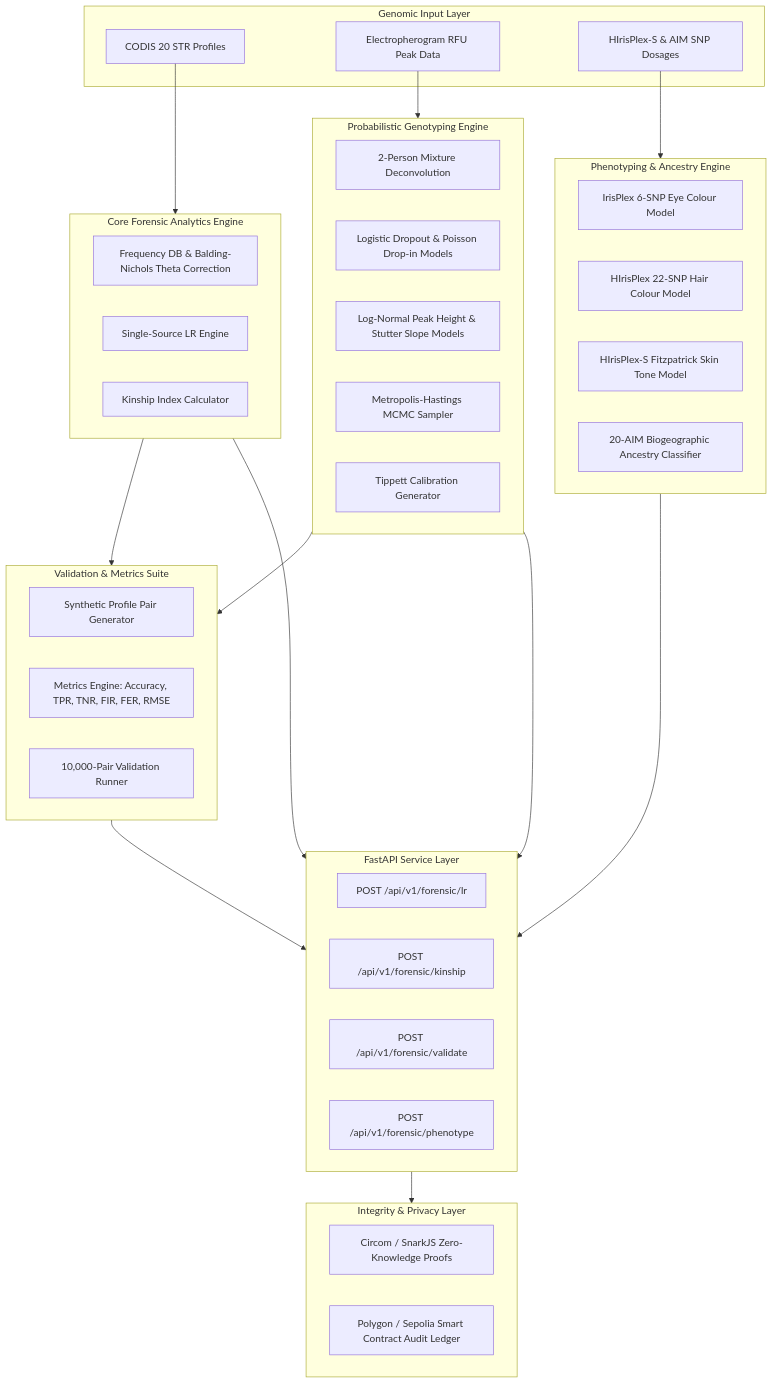
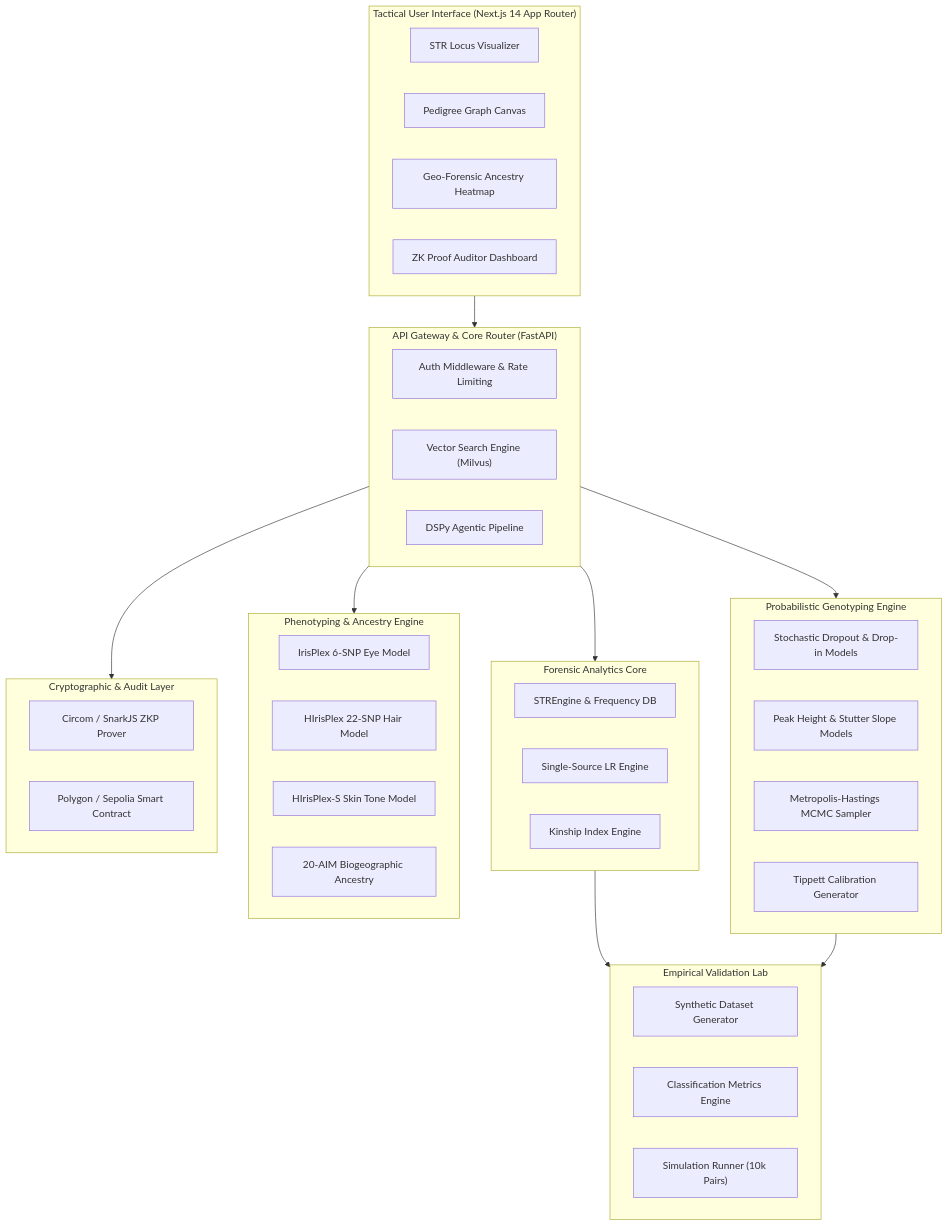
Before and after one commit to yusufcalisir/FORENZA: the diagram in README.md, drawn with Mermaid. The commit also changed other lines of this file, not shown here.

Commit message:
docs: redesign README with visual badges, architectural flowcharts, domain matrices, mathematical formulations, REST API contracts, directory tree, and test verification suite

````diff
--- a/README.md
+++ b/README.md
@@ -17,58 +38,54 @@
 ```mermaid
 flowchart TD
-    subgraph Input [Genomic Input Layer]
-        A1[CODIS 20 STR Profiles]
-        A2[Electropherogram RFU Peak Data]
-        A3[HIrisPlex-S & AIM SNP Dosages]
+    subgraph ClientLayer ["Tactical User Interface (Next.js 14 App Router)"]
+        UI1["STR Locus Visualizer"]
+        UI2["Pedigree Graph Canvas"]
+        UI3["Geo-Forensic Ancestry Heatmap"]
+        UI4["ZK Proof Auditor Dashboard"]
     end
 
-    subgraph CoreEngine [Core Forensic Analytics Engine]
-        B1[Frequency DB & Balding-Nichols Theta Correction]
-        B2[Single-Source LR Engine]
-        B3[Kinship Index Calculator]
+    subgraph ServiceGateway ["API Gateway & Core Router (FastAPI)"]
+        GW1["Auth Middleware & Rate Limiting"]
+        GW2["Vector Search Engine (Milvus)"]
+        GW3["DSPy Agentic Pipeline"]
     end
 
-    subgraph ProbEngine [Probabilistic Genotyping Engine]
-        C1[2-Person Mixture Deconvolution]
-        C2[Logistic Dropout & Poisson Drop-in Models]
-        C3[Log-Normal Peak Height & Stutter Slope Models]
-        C4[Metropolis-Hastings MCMC Sampler]
-        C5[Tippett Calibration Generator]
+    subgraph ForensicCore ["Forensic Analytics Core"]
+        E1["STREngine & Frequency DB"]
+        E2["Single-Source LR Engine"]
+        E3["Kinship Index Engine"]
     end
 
-    subgraph PhenoEngine [Phenotyping & Ancestry Engine]
-        D1[IrisPlex 6-SNP Eye Colour Model]
-        D2[HIrisPlex 22-SNP Hair Colour Model]
-        D3[HIrisPlex-S Fitzpatrick Skin Tone Model]
-        D4[20-AIM Biogeographic Ancestry Classifier]
+    subgraph ProbGenotyping ["Probabilistic Genotyping Engine"]
+        P1["Stochastic Dropout & Drop-in Models"]
+        P2["Peak Height & Stutter Slope Models"]
+        P3["Metropolis-Hastings MCMC Sampler"]
+        P4["Tippett Calibration Generator"]
     end
 
-    subgraph ValLab [Validation & Metrics Suite]
-        E1[Synthetic Profile Pair Generator]
-        E2[Metrics Engine: Accuracy, TPR, TNR, FIR, FER, RMSE]
-        E3[10,000-Pair Validation Runner]
+    subgraph PhenoBGA ["Phenotyping & Ancestry Engine"]
+        H1["IrisPlex 6-SNP Eye Model"]
+        H2["HIrisPlex 22-SNP Hair Model"]
+        H3["HIrisPlex-S Skin Tone Model"]
+        H4["20-AIM Biogeographic Ancestry"]
     end
 
-    subgraph APILayer [FastAPI Service Layer]
-        F1[POST /api/v1/forensic/lr]
-        F2[POST /api/v1/forensic/kinship]
-        F3[POST /api/v1/forensic/validate]
-        F4[POST /api/v1/forensic/phenotype]
+    subgraph ValidationSuite ["Empirical Validation Lab"]
+        V1["Synthetic Dataset Generator"]
+        V2["Classification Metrics Engine"]
+        V3["Simulation Runner (10k Pairs)"]
     end
 
-    subgraph CryptoLayer [Integrity & Privacy Layer]
-        G1[Circom / SnarkJS Zero-Knowledge Proofs]
-        G2[Polygon / Sepolia Smart Contract Audit Ledger]
+    subgraph CryptoLedger ["Cryptographic & Audit Layer"]
+        Z1["Circom / SnarkJS ZKP Prover"]
+        Z2["Polygon / Sepolia Smart Contract"]
     end
 
-    A1 --> CoreEngine
-    A2 --> ProbEngine
-    A3 --> PhenoEngine
-    CoreEngine --> ValLab
-    ProbEngine --> ValLab
-    CoreEngine --> APILayer
-    ProbEngine --> APILayer
-    PhenoEngine --> APILayer
-    ValLab --> APILayer
-    APILayer --> CryptoLayer
+    ClientLayer --> ServiceGateway
+    ServiceGateway --> ForensicCore
+    ServiceGateway --> ProbGenotyping
+    ServiceGateway --> PhenoBGA
+    ForensicCore --> ValidationSuite
+    ProbGenotyping --> ValidationSuite
+    ServiceGateway --> CryptoLedger
 ```
````
